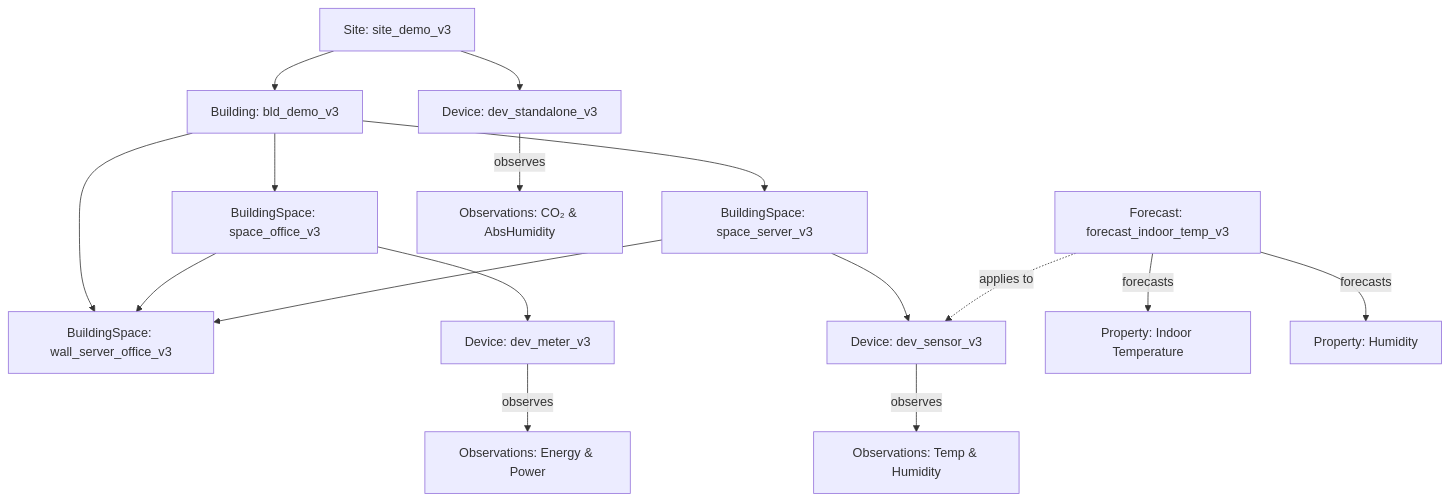
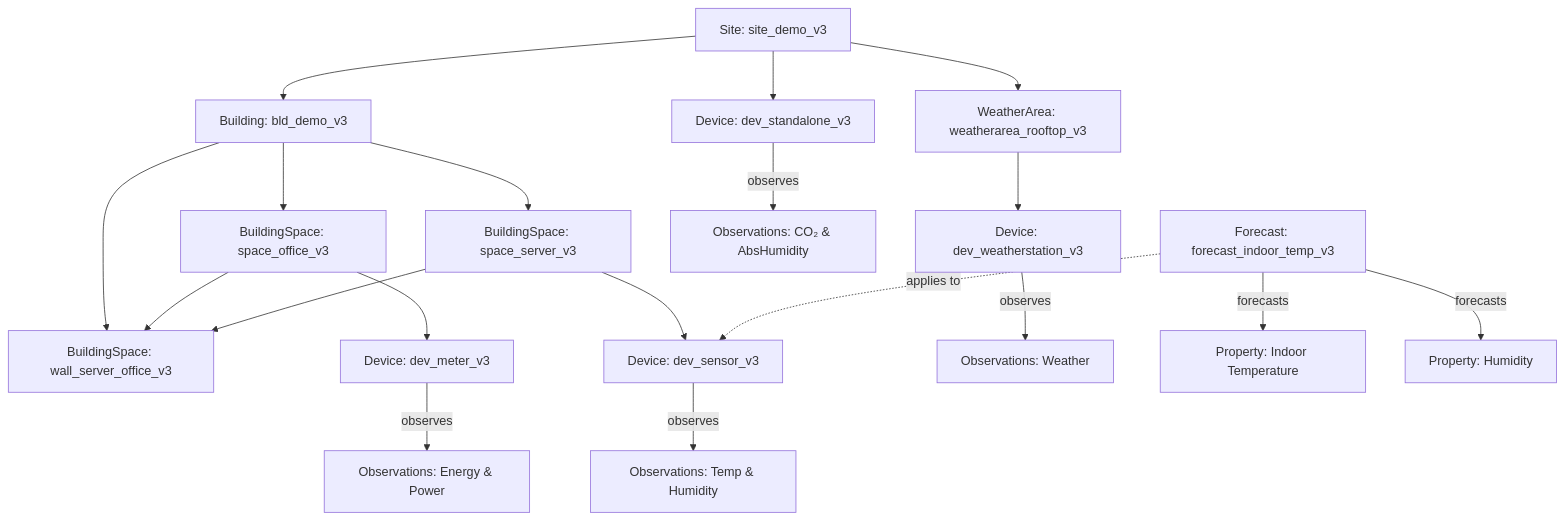
One commit to CenterDenmark/elexia-datamodel changed the diagram in guides/data provider/transformation_endpoints_guide.md. Above: the diagram before and after it, drawn with Mermaid. The commit also changed other lines of this file and 2 other files, not shown here.

Commit message:
feat: Add WeatherArea and isActive field to Relations

````diff
--- a/guides/data provider/transformation_endpoints_guide.md
+++ b/guides/data provider/transformation_endpoints_guide.md
@@ -66,20 +67,23 @@
 ```mermaid
 flowchart TD
   Site["Site: site_demo_v3"] --> Building["Building: bld_demo_v3"]
+  Site --> WeatherArea["WeatherArea: weatherarea_rooftop_v3"]
   Building --> Office["BuildingSpace: space_office_v3"]
   Building --> Server["BuildingSpace: space_server_v3"]
   Building --> Wall["BuildingSpace: wall_server_office_v3"]
   Office --> Meter["Device: dev_meter_v3"]
   Server --> Sensor["Device: dev_sensor_v3"]
   Office --> Wall["BuildingSpace: wall_server_office_v3"]
   Server --> Wall["BuildingSpace: wall_server_office_v3"]
   Site --> Standalone["Device: dev_standalone_v3"]
+  WeatherArea --> WeatherStation["Device: dev_weatherstation_v3"]
   Meter -->|observes| Energy["Observations: Energy & Power"]
   Sensor -->|observes| Climate["Observations: Temp & Humidity"]
   Standalone -->|observes| Air["Observations: CO₂ & AbsHumidity"]
+  WeatherStation -->|observes| WeatherObs["Observations: Weather"]
 
   %% Forecast Example
   Forecast["Forecast: forecast_indoor_temp_v3"] -.->|applies to| Sensor
   Forecast -->|forecasts| TempProp["Property: Indoor Temperature"]
   Forecast -->|forecasts| HumidityProp["Property: Humidity"]
 ```
````
